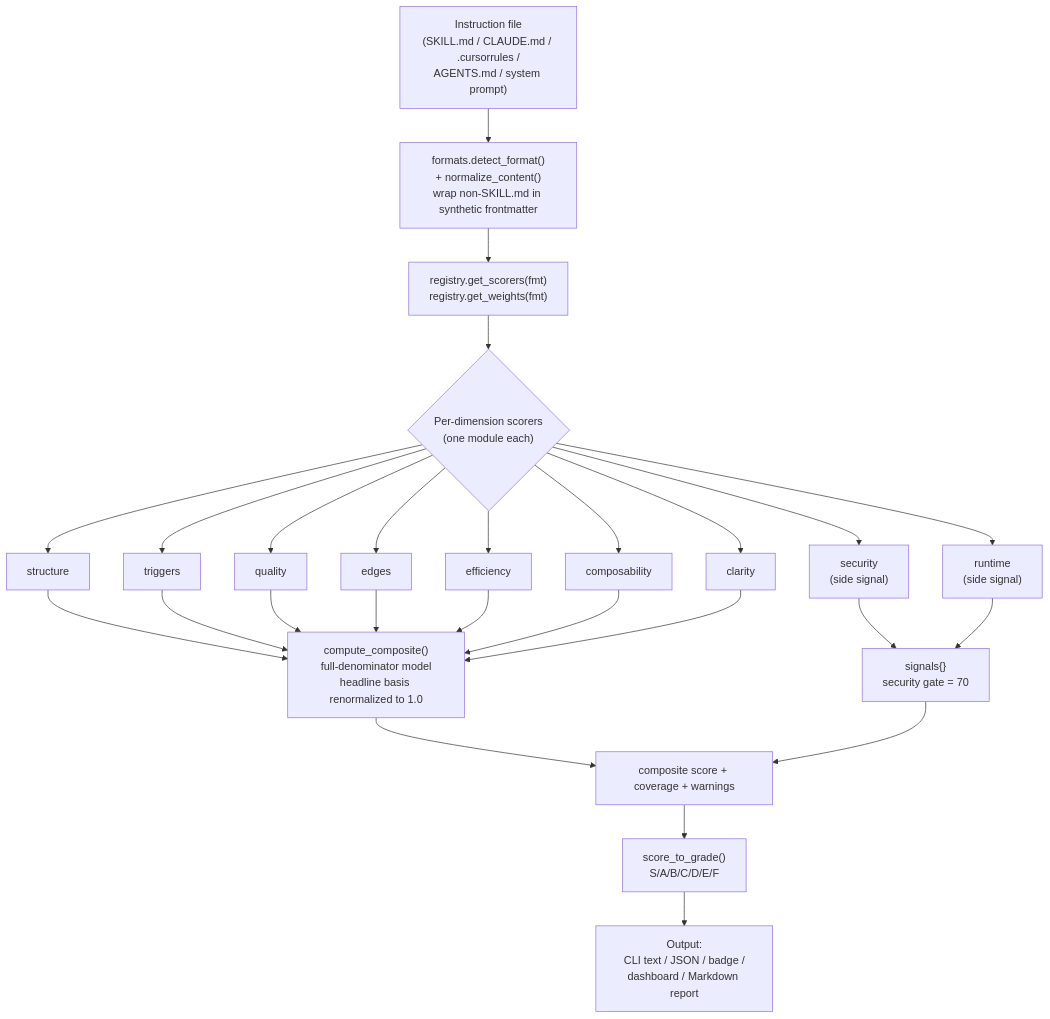
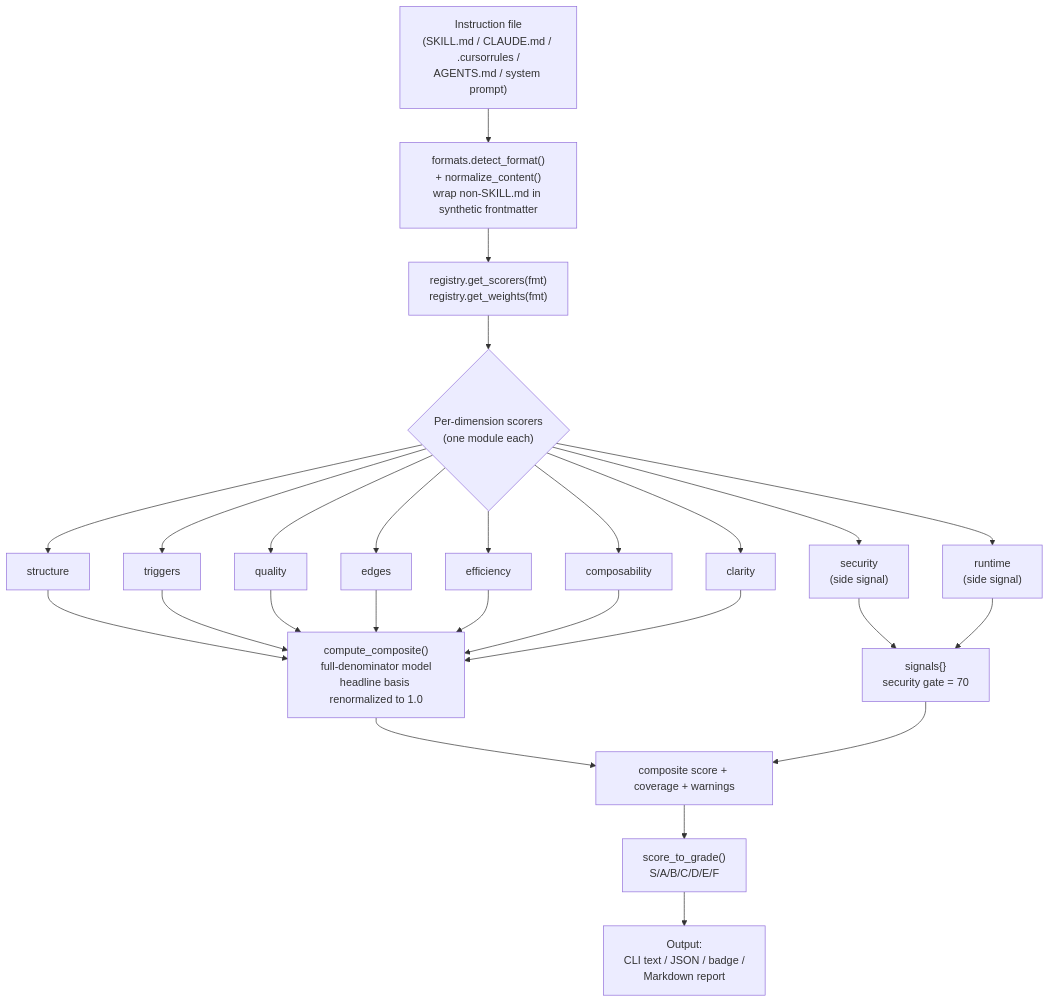
One commit to Zandereins/schliff changed the first of 2 diagrams in docs/ARCHITECTURE.md. Above: the diagram before and after it, drawn with Mermaid. The commit also changed other lines of this file and 6 other files, not shown here.

````diff
--- a/docs/ARCHITECTURE.md
+++ b/docs/ARCHITECTURE.md
@@ -243,25 +242,25 @@
 ```mermaid
 flowchart TD
     A["Instruction file<br/>(SKILL.md / CLAUDE.md / .cursorrules /<br/>AGENTS.md / system prompt)"]
     A --> B["formats.detect_format()<br/>+ normalize_content()<br/>wrap non-SKILL.md in synthetic frontmatter"]
     B --> C["registry.get_scorers(fmt)<br/>registry.get_weights(fmt)"]
     C --> D{"Per-dimension scorers<br/>(one module each)"}
 
     D --> D1["structure"]
     D --> D2["triggers"]
     D --> D3["quality"]
     D --> D4["edges"]
     D --> D5["efficiency"]
     D --> D6["composability"]
     D --> D7["clarity"]
     D --> D8["security<br/>(side signal)"]
     D --> D9["runtime<br/>(side signal)"]
 
     D1 & D2 & D3 & D4 & D5 & D6 & D7 --> E["compute_composite()<br/>full-denominator model<br/>headline basis renormalized to 1.0"]
     D8 & D9 --> F["signals{}<br/>security gate = 70"]
 
     E --> G["composite score + coverage + warnings"]
     F --> G
     G --> H["score_to_grade()<br/>S/A/B/C/D/E/F"]
-    H --> I["Output:<br/>CLI text / JSON / badge /<br/>dashboard / Markdown report"]
+    H --> I["Output:<br/>CLI text / JSON / badge /<br/>Markdown report"]
 ```
````
